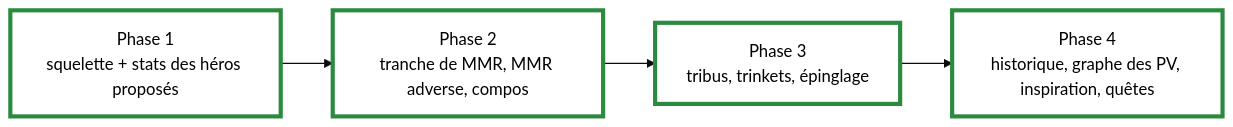
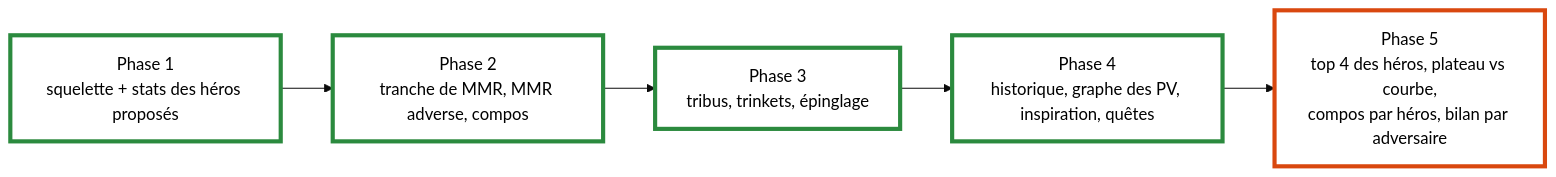
Before and after one commit to elphono/tavern-compass: the diagram in docs/plans/2026-09-26-parite-tier7-plan.md, drawn with Mermaid (base theme). The commit also changed other lines of this file, not shown here.

First line of the commit message:
docs(plan): phase 5, inventaire vérifié contre HDT et tranches

````diff
--- a/docs/plans/2026-09-26-parite-tier7-plan.md
+++ b/docs/plans/2026-09-26-parite-tier7-plan.md
@@ -9,8 +9,11 @@
 ```mermaid
 flowchart LR
     P1["Phase 1<br/>squelette + stats des héros proposés"] --> P2["Phase 2<br/>tranche de MMR, MMR adverse, compos"]
     P2 --> P3["Phase 3<br/>tribus, trinkets, épinglage"]
     P3 --> P4["Phase 4<br/>historique, graphe des PV, inspiration, quêtes"]
+    P4 --> P5["Phase 5<br/>top 4 des héros, plateau vs courbe,<br/>compos par héros, bilan par adversaire"]
     classDef done fill:#ffffff,stroke:#2b8a3e,stroke-width:4px,color:#000000
+    classDef todo fill:#ffffff,stroke:#d9480f,stroke-width:4px,color:#000000
     class P1,P2,P3,P4 done
+    class P5 todo
 ```
````
